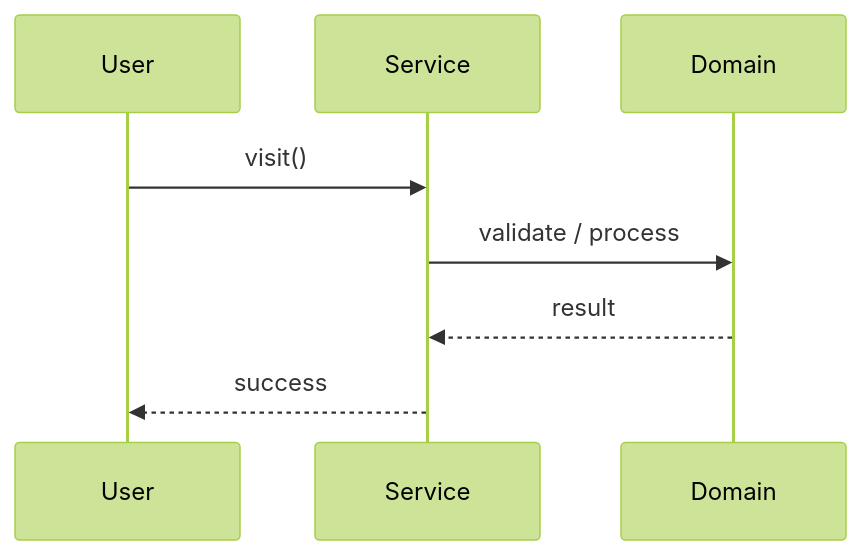
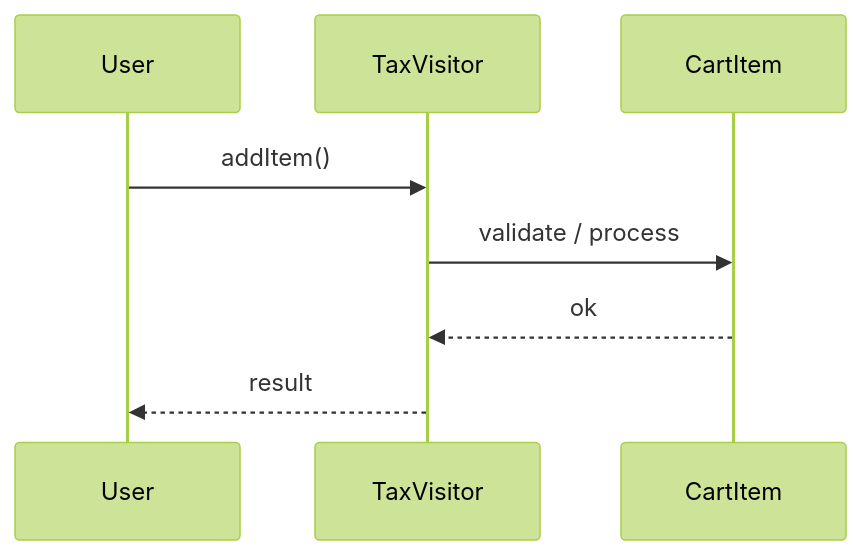
One commit to madhupaila/Interview-Prep-SSE changed the second of 3 diagrams in Learn/System Design - Low Level Design/03-design-patterns/questions/Q22-visitor-shopping-cart-tax.md. Above: the diagram before and after it, drawn with Mermaid (forest theme). The commit also changed other lines of this file and 491 other files, not shown here.

````diff
--- a/Learn/System Design - Low Level Design/03-design-patterns/questions/Q22-visitor-shopping-cart-tax.md
+++ b/Learn/System Design - Low Level Design/03-design-patterns/questions/Q22-visitor-shopping-cart-tax.md
@@ -121,10 +147,10 @@
 ```mermaid
 sequenceDiagram
-    participant U as User
-    participant S as Service
-    participant D as Domain
-    U->>S: visit()
-    S->>D: validate / process
-    D-->>S: result
-    S-->>U: success
+participant U as User
+participant S as TaxVisitor
+participant D as CartItem
+U->>S: addItem()
+S->>D: validate / process
+D-->>S: ok
+S-->>U: result
 ```
````
